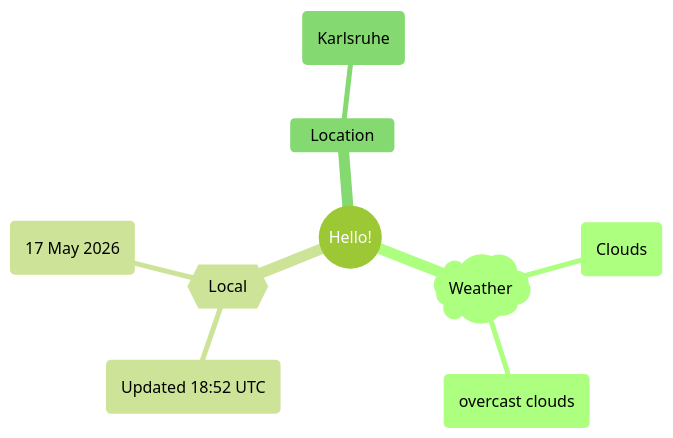
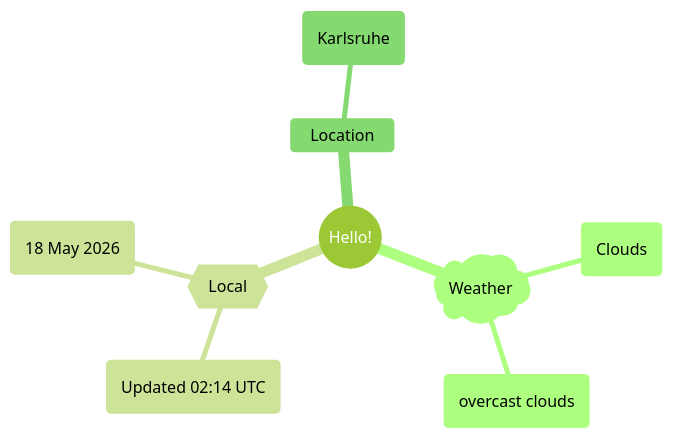
Before and after one commit to Xosrov/Xosrov: the first of 2 diagrams in README.md, drawn with Mermaid (forest theme).

Commit message:
[bot] updated images

````diff
--- a/README.md
+++ b/README.md
@@ -3,12 +3,12 @@
 ```mermaid
 mindmap
   root((Hello!))
     )Weather(
         (Clouds)
         (overcast clouds)
     {{Local}}
-        (Updated 18:52 UTC)
-        (17 May 2026)
+        (Updated 02:14 UTC)
+        (18 May 2026)
     Location
         (Karlsruhe)
 ```
````
